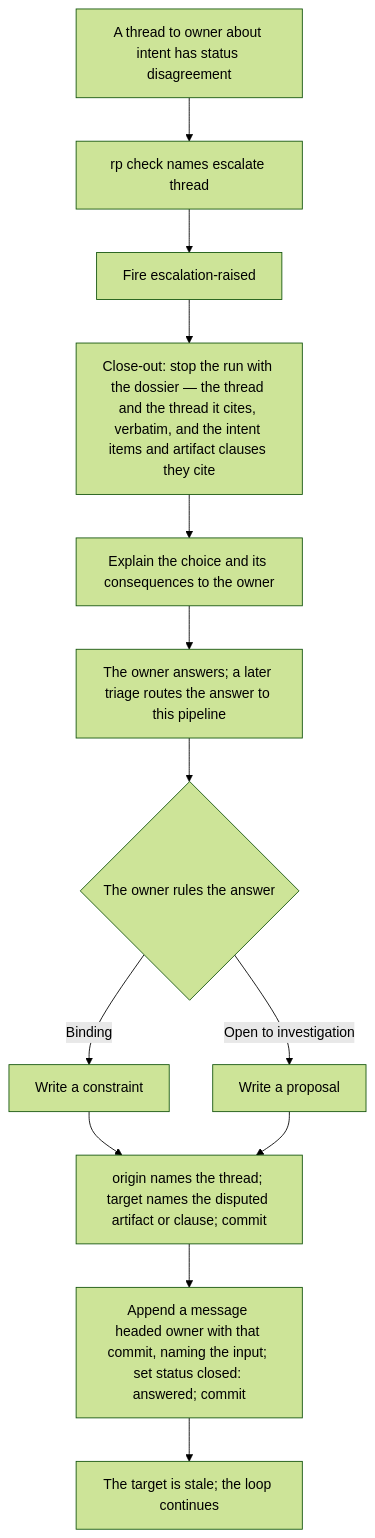
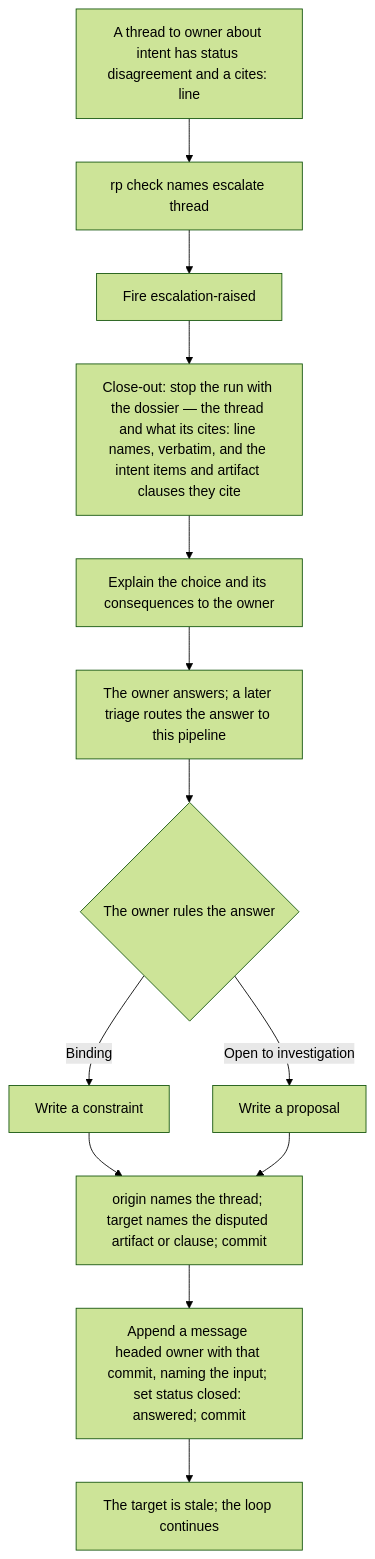
Before and after one commit to Automattic/radical-pipelines: the diagram in docs/flowcharts/escalation.md, drawn with Mermaid (forest theme). The commit also changed other lines of this file and 14 other files, not shown here.

Commit message:
Have producers interpret the intent, and require threads to the owner to cite the disagreement or evidence (assisted)

````diff
--- a/docs/flowcharts/escalation.md
+++ b/docs/flowcharts/escalation.md
@@ -5,15 +5,15 @@
 ```mermaid
 flowchart TD
-    A["A thread to owner about intent has status disagreement"] --> B["rp check names escalate thread"]
+    A["A thread to owner about intent has status disagreement and a cites: line"] --> B["rp check names escalate thread"]
     B --> C["Fire escalation-raised"]
-    C --> D["Close-out: stop the run with the dossier — the thread and the thread it cites, verbatim, and the intent items and artifact clauses they cite"]
+    C --> D["Close-out: stop the run with the dossier — the thread and what its cites: line names, verbatim, and the intent items and artifact clauses they cite"]
     D --> E["Explain the choice and its consequences to the owner"]
     E --> F["The owner answers; a later triage routes the answer to this pipeline"]
     F --> G{"The owner rules the answer"}
     G -->|Binding| H["Write a constraint"]
     G -->|Open to investigation| I["Write a proposal"]
     H --> J["origin names the thread; target names the disputed artifact or clause; commit"]
     I --> J
     J --> K["Append a message headed owner with that commit, naming the input; set status closed: answered; commit"]
     K --> L["The target is stale; the loop continues"]
 ```
````
